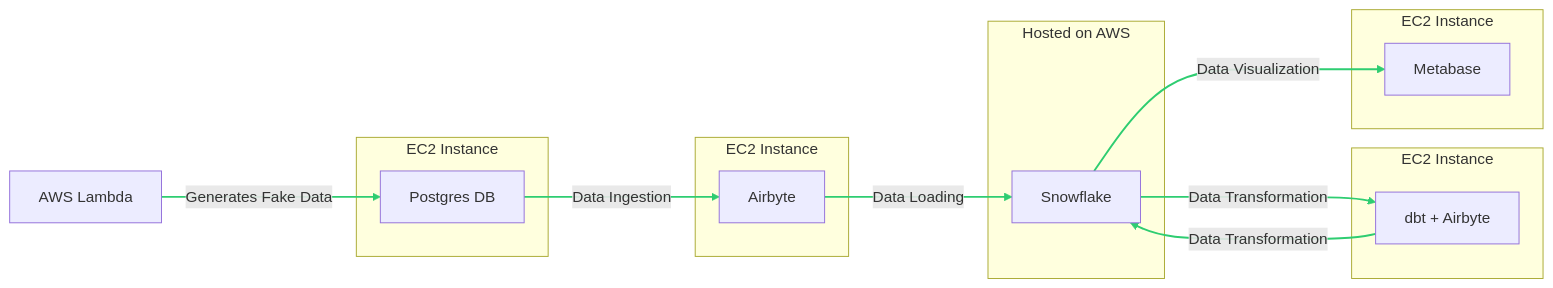
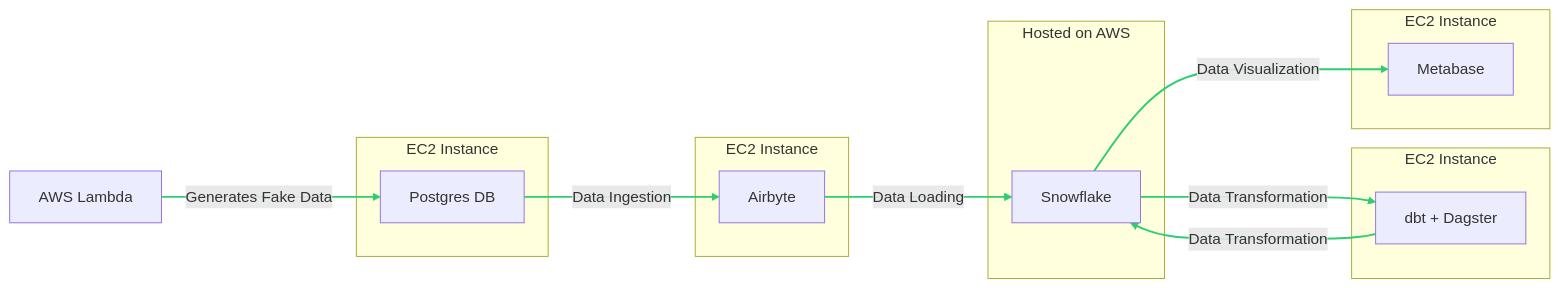
Before and after one commit to oresttokovenko/RetailFlow: the diagram in README.md, drawn with Mermaid. The commit also changed other lines of this file and 16 other files, not shown here.

````diff
--- a/README.md
+++ b/README.md
@@ -9,40 +9,40 @@
 ```mermaid
 graph LR
   L["AWS Lambda"]
   subgraph EC2_1["EC2 Instance"]
   P["Postgres DB"]
   end
   subgraph EC2_2["EC2 Instance"]
   A["Airbyte"]
   end
   subgraph EC2_5["Hosted on AWS"]
   S["Snowflake"]
   end
   subgraph EC2_3["EC2 Instance"]
-  D["dbt + Airbyte"]
+  D["dbt + Dagster"]
   end
   subgraph EC2_4["EC2 Instance"]
   M["Metabase"]
   end
   L -- "Generates Fake Data" --> P
   P -- "Data Ingestion" --> A
   A -- "Data Loading" --> S
   S -- "Data Transformation" --> D
   D -- "Data Transformation" --> S
   S -- "Data Visualization" --> M
   linkStyle 0 stroke:#2ecd71,stroke-width:2px;
   linkStyle 1 stroke:#2ecd71,stroke-width:2px;
   linkStyle 2 stroke:#2ecd71,stroke-width:2px;
   linkStyle 3 stroke:#2ecd71,stroke-width:2px;
   linkStyle 4 stroke:#2ecd71,stroke-width:2px;
   linkStyle 5 stroke:#2ecd71,stroke-width:2px;
   linkStyle 0 stroke:#2ecd71,stroke-width:2px;
   linkStyle 1 stroke:#2ecd71,stroke-width:2px;
   linkStyle 2 stroke:#2ecd71,stroke-width:2px;
   linkStyle 3 stroke:#2ecd71,stroke-width:2px;
   linkStyle 4 stroke:#2ecd71,stroke-width:2px;
   linkStyle 5 stroke:#2ecd71,stroke-width:2px;
 
 
 
 ```
````
